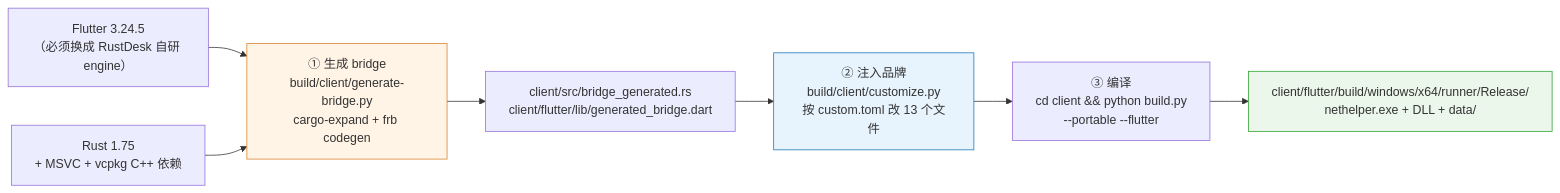
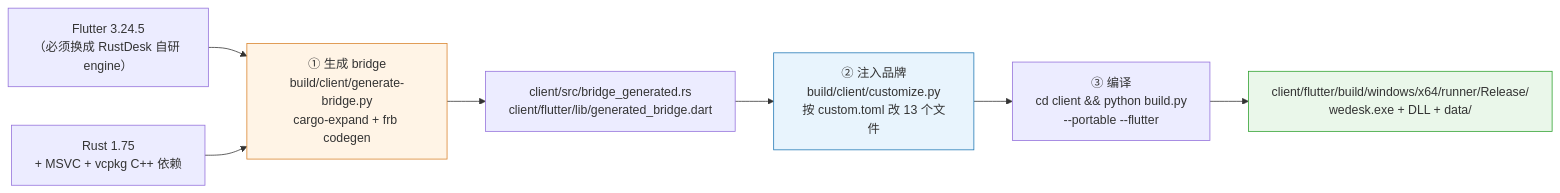
One commit to liaozhimingandy/wedesk changed the third of 4 diagrams in docs/01-architecture.md. Above: the diagram before and after it, drawn with Mermaid. The commit also changed 17 other files, not shown here.

First line of the commit message:
客户端：去掉顶部窗口条、窗口缩小、exe 改名 wedesk、密码区加连接模式下拉

````diff
--- a/docs/01-architecture.md
+++ b/docs/01-architecture.md
@@ -184,17 +184,17 @@
 ```mermaid
 flowchart LR
     A["Flutter 3.24.5<br/>（必须换成 RustDesk 自研 engine）"] --> C
     B["Rust 1.75<br/>+ MSVC + vcpkg C++ 依赖"] --> C
 
     C["① 生成 bridge<br/>build/client/generate-bridge.py<br/>cargo-expand + frb codegen"] --> D
     D["client/src/bridge_generated.rs<br/>client/flutter/lib/generated_bridge.dart"] --> E
 
     E["② 注入品牌<br/>build/client/customize.py<br/>按 custom.toml 改 13 个文件"] --> F
 
     F["③ 编译<br/>cd client &amp;&amp; python build.py<br/>--portable --flutter"] --> G
-    G["client/flutter/build/windows/x64/runner/Release/<br/>nethelper.exe + DLL + data/"]
+    G["client/flutter/build/windows/x64/runner/Release/<br/>wedesk.exe + DLL + data/"]
 
     style C fill:#fff4e6,stroke:#d9822b
     style E fill:#e8f4fd,stroke:#1f77b4
     style G fill:#eaf7ea,stroke:#2ca02c
 ```
````
